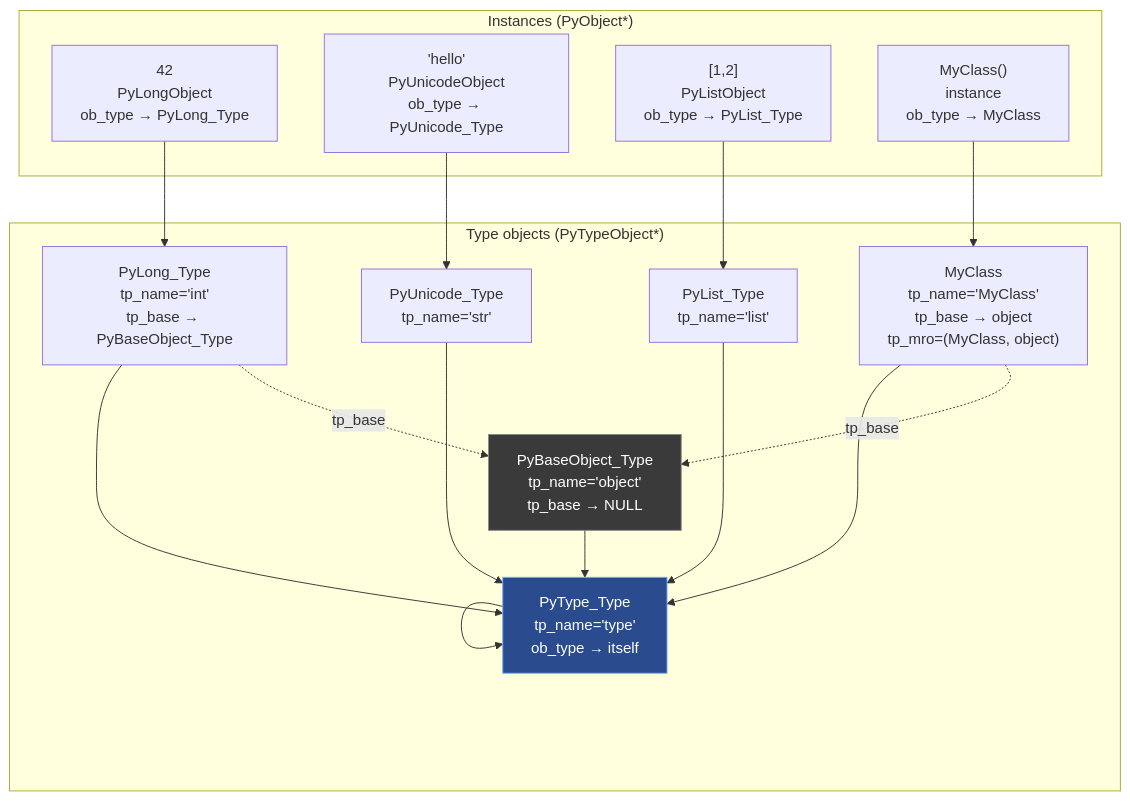
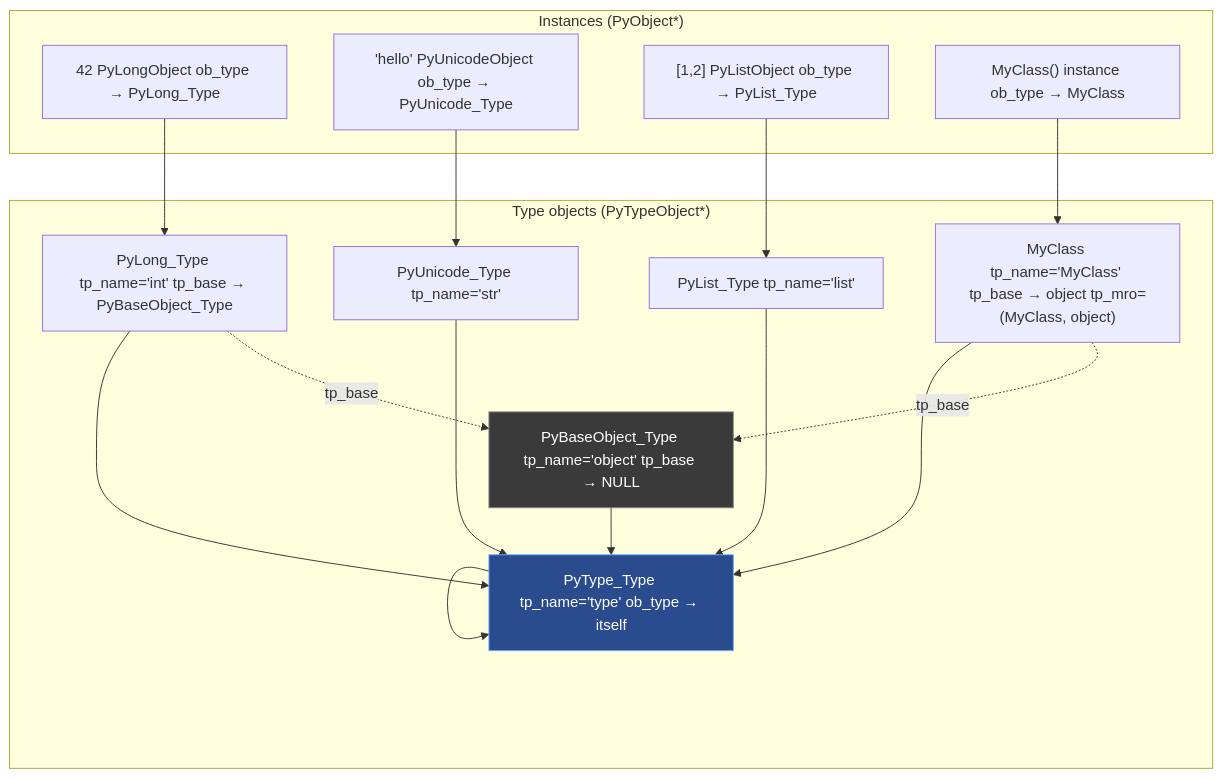
One commit to bumbsclaw/textbooks changed the third of 8 diagrams in vol-16-python-cpython-internals/ch02-objects-refcount.md. Above: the diagram before and after it, drawn with Mermaid. The commit also changed other lines of this file and 9 other files, not shown here.

First line of the commit message:
fix(pdf, mermaid): syntax-highlighted code blocks + diagram label fixes

````diff
--- a/vol-16-python-cpython-internals/ch02-objects-refcount.md
+++ b/vol-16-python-cpython-internals/ch02-objects-refcount.md
@@ -221,35 +221,35 @@
 ```mermaid
 flowchart TB
     subgraph INSTANCES["Instances (PyObject*)"]
-        A["42<br/>PyLongObject<br/>ob_type → PyLong_Type"]
-        B["'hello'<br/>PyUnicodeObject<br/>ob_type → PyUnicode_Type"]
-        C["[1,2]<br/>PyListObject<br/>ob_type → PyList_Type"]
-        D["MyClass()<br/>instance<br/>ob_type → MyClass"]
+        A["42 PyLongObject ob_type → PyLong_Type"]
+        B["'hello' PyUnicodeObject ob_type → PyUnicode_Type"]
+        C["[1,2] PyListObject ob_type → PyList_Type"]
+        D["MyClass() instance ob_type → MyClass"]
     end
 
     subgraph TYPES["Type objects (PyTypeObject*)"]
-        T_INT["PyLong_Type<br/>tp_name='int'<br/>tp_base → PyBaseObject_Type"]
-        T_STR["PyUnicode_Type<br/>tp_name='str'"]
-        T_LIST["PyList_Type<br/>tp_name='list'"]
-        T_CLASS["MyClass<br/>tp_name='MyClass'<br/>tp_base → object<br/>tp_mro=(MyClass, object)"]
-        T_OBJECT["PyBaseObject_Type<br/>tp_name='object'<br/>tp_base → NULL"]
-        T_TYPE["PyType_Type<br/>tp_name='type'<br/>ob_type → itself"]
+        T_INT["PyLong_Type tp_name='int' tp_base → PyBaseObject_Type"]
+        T_STR["PyUnicode_Type tp_name='str'"]
+        T_LIST["PyList_Type tp_name='list'"]
+        T_CLASS["MyClass tp_name='MyClass' tp_base → object tp_mro=(MyClass, object)"]
+        T_OBJECT["PyBaseObject_Type tp_name='object' tp_base → NULL"]
+        T_TYPE["PyType_Type tp_name='type' ob_type → itself"]
     end
 
     A --> T_INT
     B --> T_STR
     C --> T_LIST
     D --> T_CLASS
     T_INT --> T_TYPE
     T_STR --> T_TYPE
     T_LIST --> T_TYPE
     T_CLASS --> T_TYPE
     T_OBJECT --> T_TYPE
     T_TYPE --> T_TYPE
 
     T_CLASS -.->|tp_base| T_OBJECT
     T_INT -.->|tp_base| T_OBJECT
 
     style T_TYPE fill:#2a4b8d,stroke:#6ea8fe,color:#fff
     style T_OBJECT fill:#3a3a3a,stroke:#888,color:#fff
 ```
````
